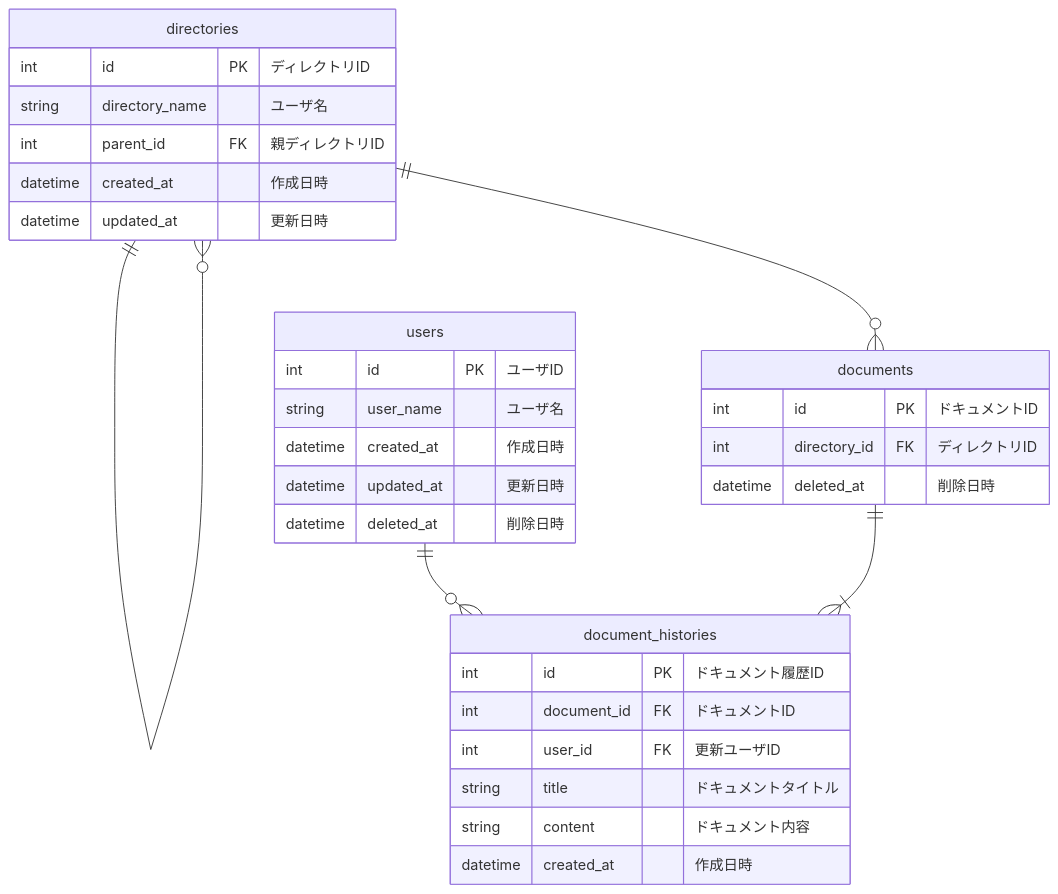
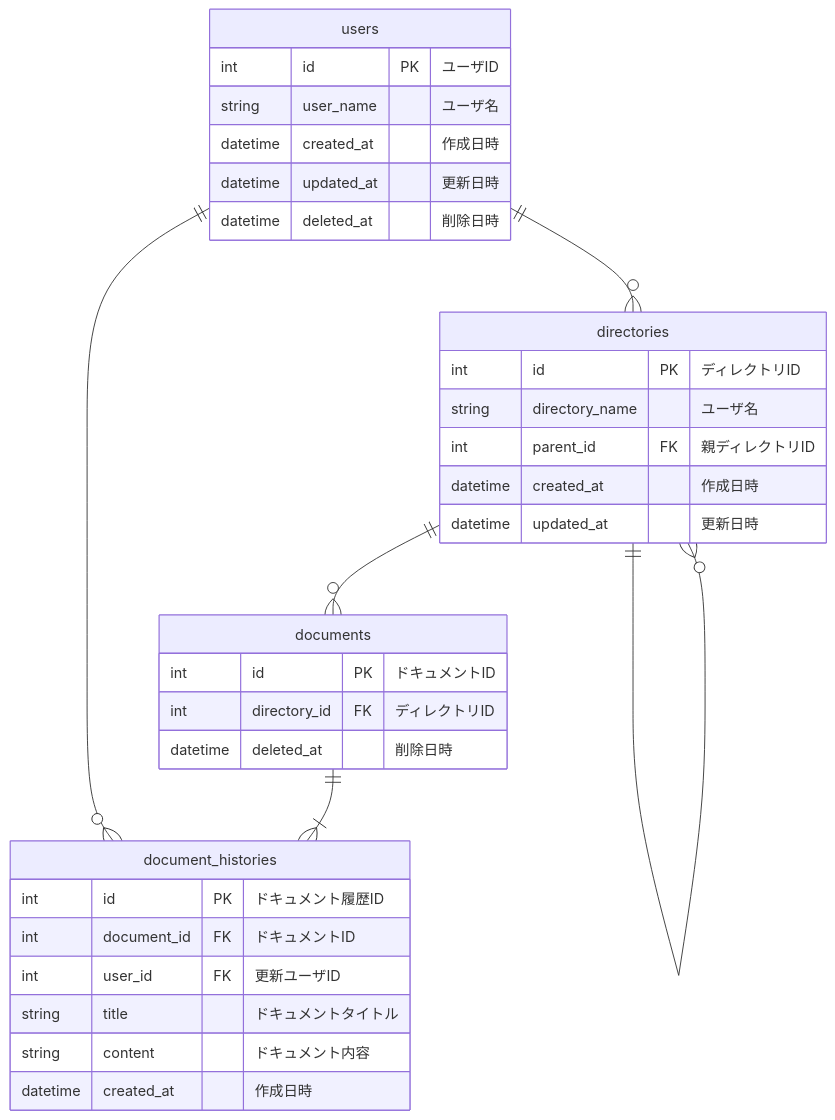
The diagram in db_modeling_3/mysql/er.md (ssfuno/praha_issues), drawn with Mermaid before and after one commit. The commit also changed 2 other files, not shown here.

Commit message:
fix: ディレクトリの作成者を記録するよう修正

````diff
--- a/db_modeling_3/mysql/er.md
+++ b/db_modeling_3/mysql/er.md
@@ -1,38 +1,39 @@
 ```mermaid
 erDiagram
     users ||--o{ document_histories : ""
+    users ||--o{ directories : ""
     directories ||--o{ directories : ""
     directories ||--o{ documents : ""
     documents ||--|{ document_histories : ""
 
     users {
         int id PK "ユーザID"
         string user_name "ユーザ名"
         datetime created_at "作成日時"
         datetime updated_at "更新日時"
         datetime deleted_at "削除日時"
     }
 
     directories {
         int id PK "ディレクトリID"
         string directory_name "ユーザ名"
         int parent_id FK "親ディレクトリID"
         datetime created_at "作成日時"
         datetime updated_at "更新日時"
     }
 
     documents {
         int id PK "ドキュメントID"
         int directory_id FK "ディレクトリID"
         datetime deleted_at "削除日時"
     }
 
     document_histories {
         int id PK "ドキュメント履歴ID"
         int document_id FK "ドキュメントID"
         int user_id FK "更新ユーザID"
         string title "ドキュメントタイトル"
         string content "ドキュメント内容"
         datetime created_at "作成日時"
     }
 ```
````
